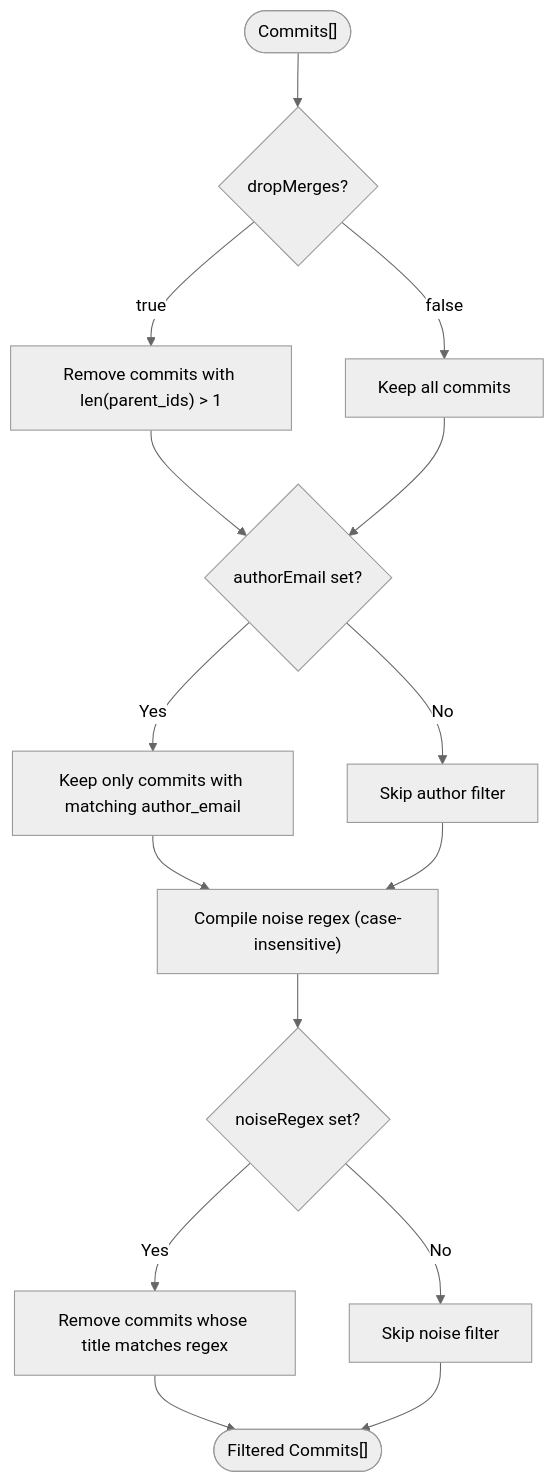
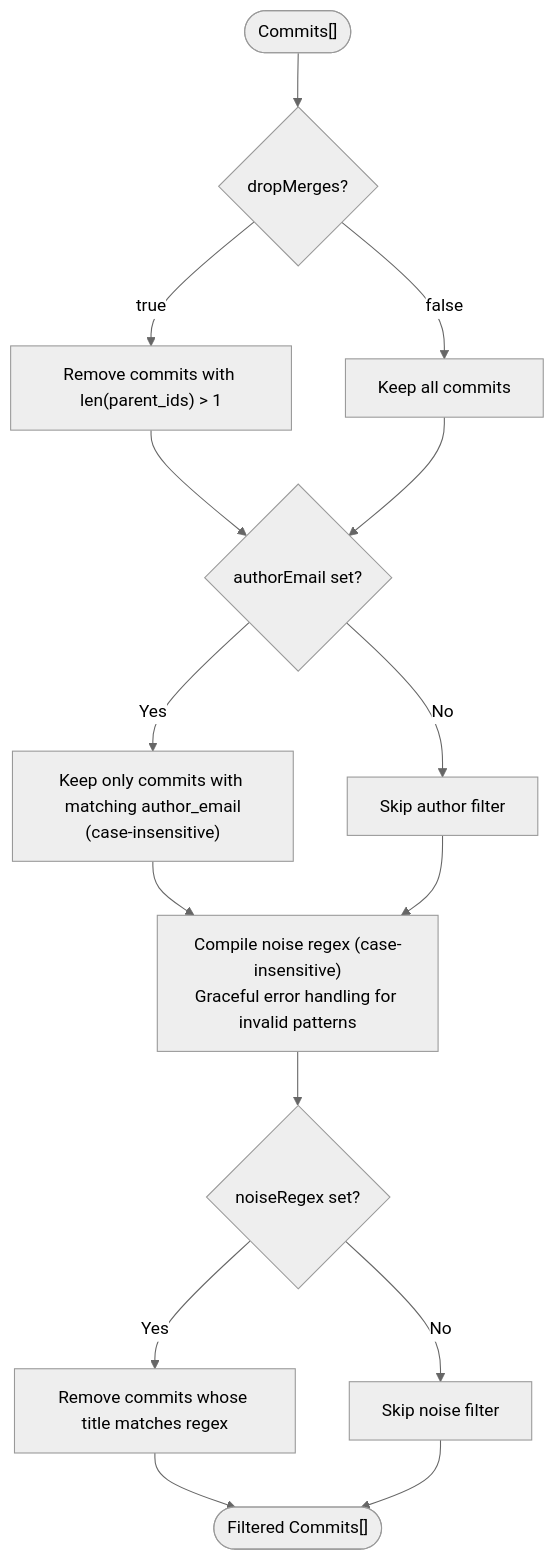
One commit to jrj444/git-daily changed the fifth of 11 diagrams in .qoder/repowiki/en/content/Report Generation System/Commit Processing and Filtering.md. Above: the diagram before and after it, drawn with Mermaid (neutral theme). The commit also changed other lines of this file and 6 other files, not shown here.

````diff
--- a/.qoder/repowiki/en/content/Report Generation System/Commit Processing and Filtering.md
+++ b/.qoder/repowiki/en/content/Report Generation System/Commit Processing and Filtering.md
@@ -159,17 +174,17 @@
 ```mermaid
 flowchart TD
 Start(["Commits[]"]) --> DropMerges{"dropMerges?"}
 DropMerges --> |true| FilterMerges["Remove commits with len(parent_ids) > 1"]
 DropMerges --> |false| KeepMerges["Keep all commits"]
 FilterMerges --> AuthorFilter{"authorEmail set?"}
 KeepMerges --> AuthorFilter
-AuthorFilter --> |Yes| FilterAuthor["Keep only commits with matching author_email"]
+AuthorFilter --> |Yes| FilterAuthor["Keep only commits with matching author_email<br/>(case-insensitive)"]
 AuthorFilter --> |No| SkipAuthor["Skip author filter"]
-FilterAuthor --> RegexInit["Compile noise regex (case-insensitive)"]
+FilterAuthor --> RegexInit["Compile noise regex (case-insensitive)<br/>Graceful error handling for invalid patterns"]
 SkipAuthor --> RegexInit
 RegexInit --> NoiseFilter{"noiseRegex set?"}
 NoiseFilter --> |Yes| FilterNoise["Remove commits whose title matches regex"]
 NoiseFilter --> |No| SkipNoise["Skip noise filter"]
 FilterNoise --> Output(["Filtered Commits[]"])
 SkipNoise --> Output
 ```
````
